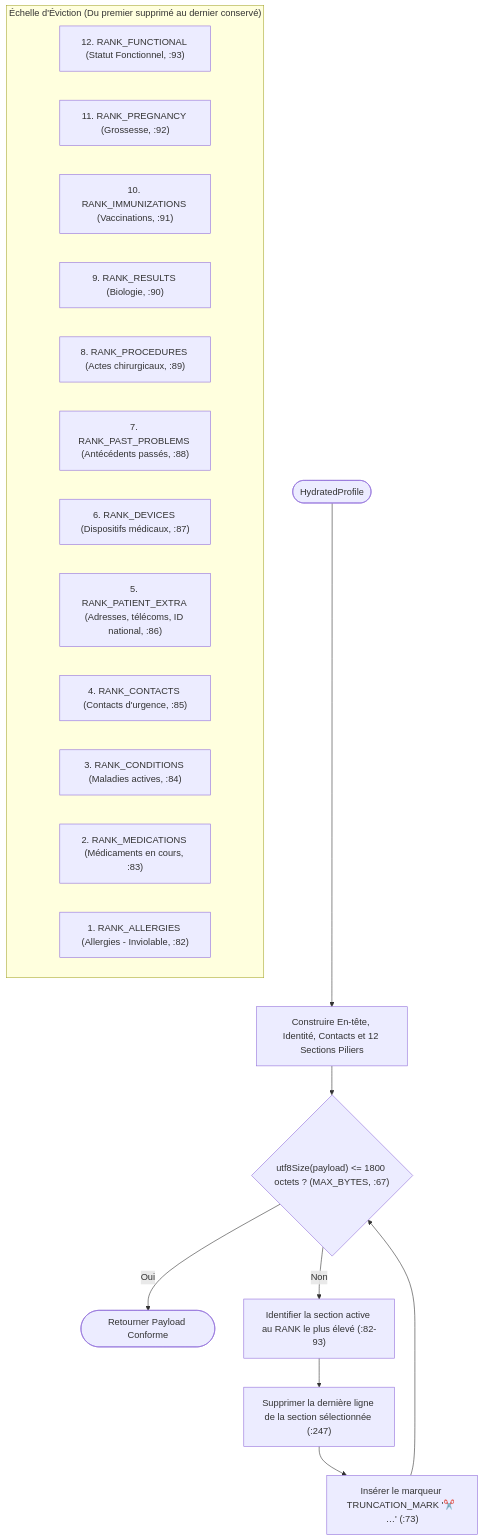
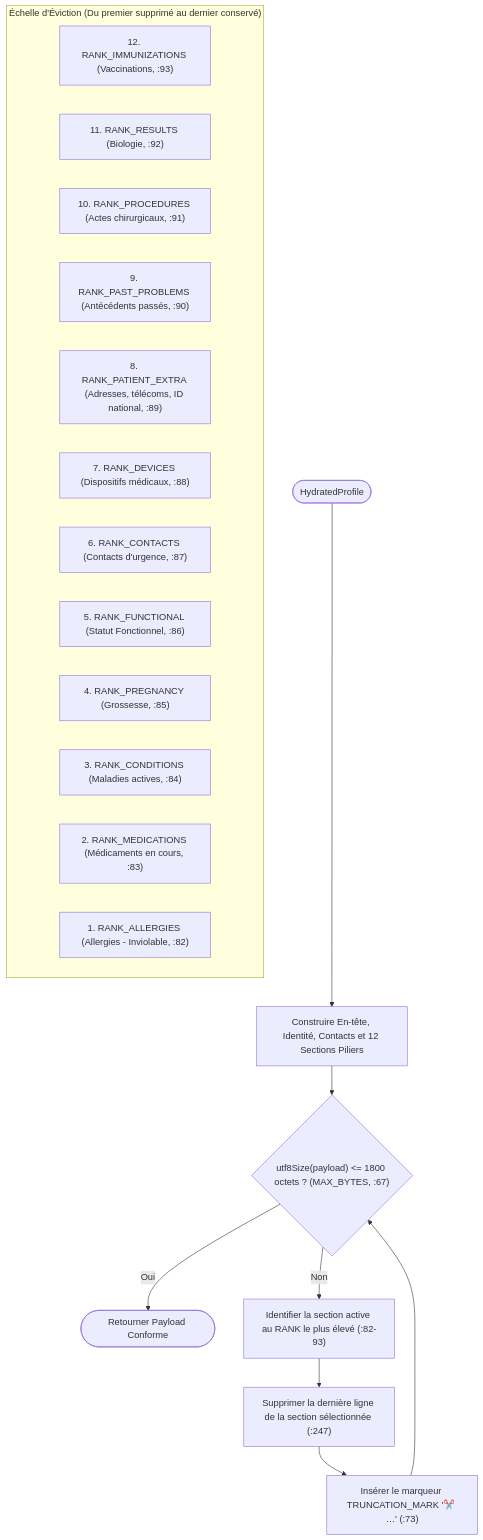
Before and after one commit to kurodohenroonsen/JemmaPass: diagram 20 of 21 in docs/DOCUMENTATION_UML_FONCTIONNELLE.md, drawn with Mermaid. The commit also changed other lines of this file and 2 other files, not shown here.

````diff
--- a/docs/DOCUMENTATION_UML_FONCTIONNELLE.md
+++ b/docs/DOCUMENTATION_UML_FONCTIONNELLE.md
@@ -908,27 +911,27 @@
 ```mermaid
 flowchart TD
     Start(["HydratedProfile"]) --> BuildSections["Construire En-tête, Identité, Contacts et 12 Sections Piliers"]
     BuildSections --> CheckBytes{"utf8Size(payload) <= 1800 octets ? (MAX_BYTES, :67)"}
     
     CheckBytes -- Oui --> ReturnPayload(["Retourner Payload Conforme"])
     CheckBytes -- Non --> FindHighest["Identifier la section active au RANK le plus élevé (:82-93)"]
     
     subgraph Echelle_Rangs_Eviction ["Échelle d'Éviction (Du premier supprimé au dernier conservé)"]
-        R12["12. RANK_FUNCTIONAL (Statut Fonctionnel, :93)"]
-        R11["11. RANK_PREGNANCY (Grossesse, :92)"]
-        R10["10. RANK_IMMUNIZATIONS (Vaccinations, :91)"]
-        R9["9. RANK_RESULTS (Biologie, :90)"]
-        R8["8. RANK_PROCEDURES (Actes chirurgicaux, :89)"]
-        R7["7. RANK_PAST_PROBLEMS (Antécédents passés, :88)"]
-        R6["6. RANK_DEVICES (Dispositifs médicaux, :87)"]
-        R5["5. RANK_PATIENT_EXTRA (Adresses, télécoms, ID national, :86)"]
-        R4["4. RANK_CONTACTS (Contacts d'urgence, :85)"]
+        R12["12. RANK_IMMUNIZATIONS (Vaccinations, :93)"]
+        R11["11. RANK_RESULTS (Biologie, :92)"]
+        R10["10. RANK_PROCEDURES (Actes chirurgicaux, :91)"]
+        R9["9. RANK_PAST_PROBLEMS (Antécédents passés, :90)"]
+        R8["8. RANK_PATIENT_EXTRA (Adresses, télécoms, ID national, :89)"]
+        R7["7. RANK_DEVICES (Dispositifs médicaux, :88)"]
+        R6["6. RANK_CONTACTS (Contacts d'urgence, :87)"]
+        R5["5. RANK_FUNCTIONAL (Statut Fonctionnel, :86)"]
+        R4["4. RANK_PREGNANCY (Grossesse, :85)"]
         R3["3. RANK_CONDITIONS (Maladies actives, :84)"]
         R2["2. RANK_MEDICATIONS (Médicaments en cours, :83)"]
         R1["1. RANK_ALLERGIES (Allergies - Inviolable, :82)"]
     end
     
     FindHighest --> DropLine["Supprimer la dernière ligne de la section sélectionnée (:247)"]
     DropLine --> AddMarker["Insérer le marqueur TRUNCATION_MARK '✂️ …' (:73)"]
     AddMarker --> CheckBytes
 ```
````
